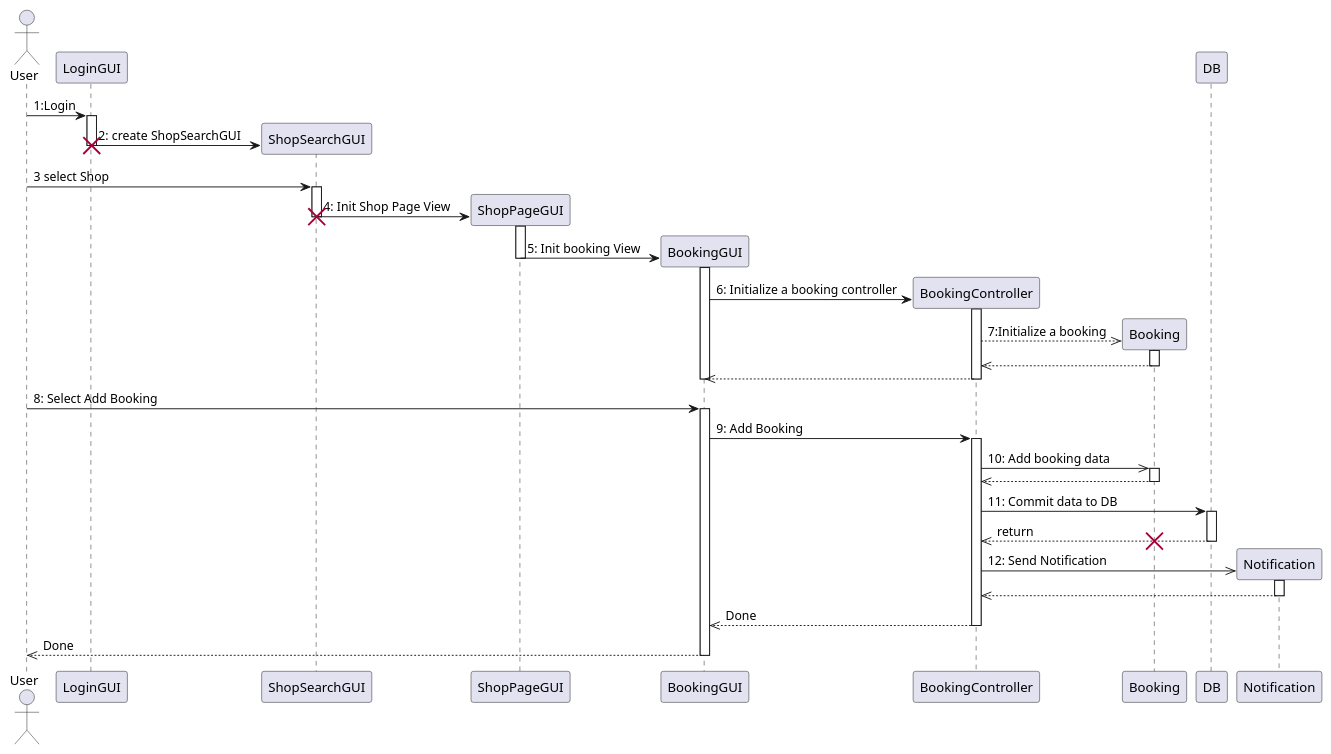
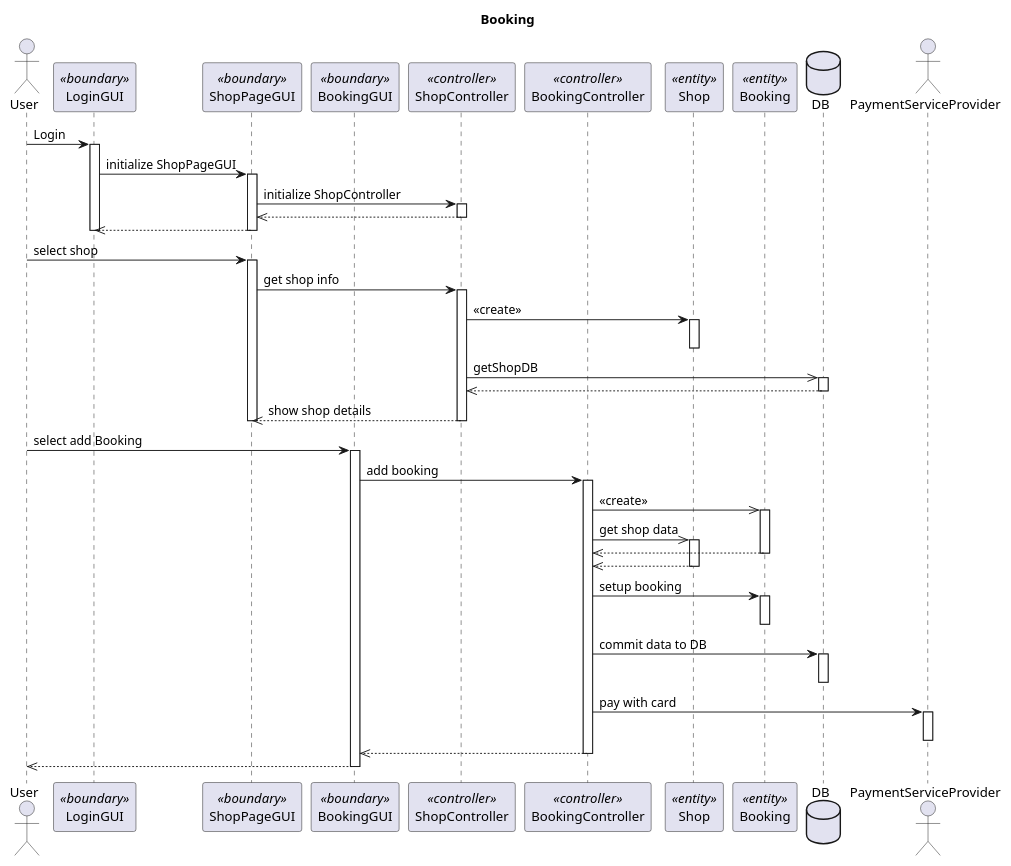
Before and after one commit to GiuEliNo/JustIT: the diagram in doc/sequence_diagram/SD_Booking.md, drawn with PlantUML. The commit also changed 1 other file, not shown here.

Commit message:
fix (doc): SD_Booking_test.md

```diff
--- a/doc/sequence_diagram/SD_Booking.md
+++ b/doc/sequence_diagram/SD_Booking.md
@@ -1,83 +1,61 @@
 @startuml
+
+title Booking
+
 actor User
+participant LoginGUI <<boundary>>
+participant ShopPageGUI <<boundary>>
+participant BookingGUI <<boundary>>
+participant ShopController <<controller>>
+participant BookingController <<controller>>
+participant Shop <<entity>>
+participant Booking <<entity>>
+database DB
+actor PaymentServiceProvider
 
 
-User -> LoginGUI: 1:Login
-activate LoginGUI
+User -> LoginGUI ++: Login
 
-LoginGUI -> ShopSearchGUI **: 2: create ShopSearchGUI
+LoginGUI -> ShopPageGUI ++ :  initialize ShopPageGUI
+ShopPageGUI -> ShopController ++ :  initialize ShopController
 
+ShopController -->> ShopPageGUI --:
+ShopPageGUI -->> LoginGUI --:
 deactivate LoginGUI
-destroy LoginGUI
 
-deactivate ShopSearchGUI
+User -> ShopPageGUI ++: select shop
+ShopPageGUI -> ShopController ++: get shop info
+ShopController -> Shop ++: <<create>>
+deactivate Shop
 
-
-User -> ShopSearchGUI: 3 select Shop
-activate ShopSearchGUI
-
-ShopSearchGUI -> ShopPageGUI **:4: Init Shop Page View
-activate ShopPageGUI
-deactivate ShopSearchGUI
-destroy ShopSearchGUI
-
-ShopPageGUI -> BookingGUI **: 5: Init booking View
-
-activate BookingGUI
+ShopController ->> DB ++: getShopDB
+DB -->> ShopController --
+ShopController -->> ShopPageGUI --: show shop details
 deactivate ShopPageGUI
 
+User -> BookingGUI ++: select add Booking
 
+BookingGUI -> BookingController ++: add booking
 
+BookingController ->> Booking ++: <<create>>
+BookingController ->> Shop ++: get shop data
+Booking -->> BookingController --
+Shop -->> BookingController --
 
-BookingGUI -> BookingController **: 6: Initialize a booking controller
-
-activate BookingController
-
-
-BookingController -->> Booking **: 7:Initialize a booking
-activate Booking
-
-Booking -->> BookingController
+BookingController -> Booking ++: setup booking
 deactivate Booking
 
-BookingController -->>BookingGUI
-
-
-deactivate BookingController
-deactivate BookingGUI
-
-
-User -> BookingGUI: 8: Select Add Booking
-activate BookingGUI
-
-BookingGUI -> BookingController: 9: Add Booking
-activate BookingController
-
-BookingController ->> Booking: 10: Add booking data
-activate Booking
-
-Booking -->> BookingController
-deactivate Booking
-
-BookingController -> DB: 11: Commit data to DB
-activate DB
-DB -->> BookingController: return
+BookingController -> DB ++: commit data to DB
 deactivate DB
 
-destroy Booking
+BookingController -> PaymentServiceProvider ++: pay with card
+deactivate PaymentServiceProvider
 
-
-BookingController ->> Notification **: 12: Send Notification
-activate Notification
-
-Notification -->> BookingController
-deactivate Notification
-
-BookingController -->> BookingGUI: Done
+BookingController -->> BookingGUI
 
 deactivate BookingController
 
-BookingGUI -->> User: Done
+BookingGUI -->> User
 
 deactivate BookingGUI
 
```
